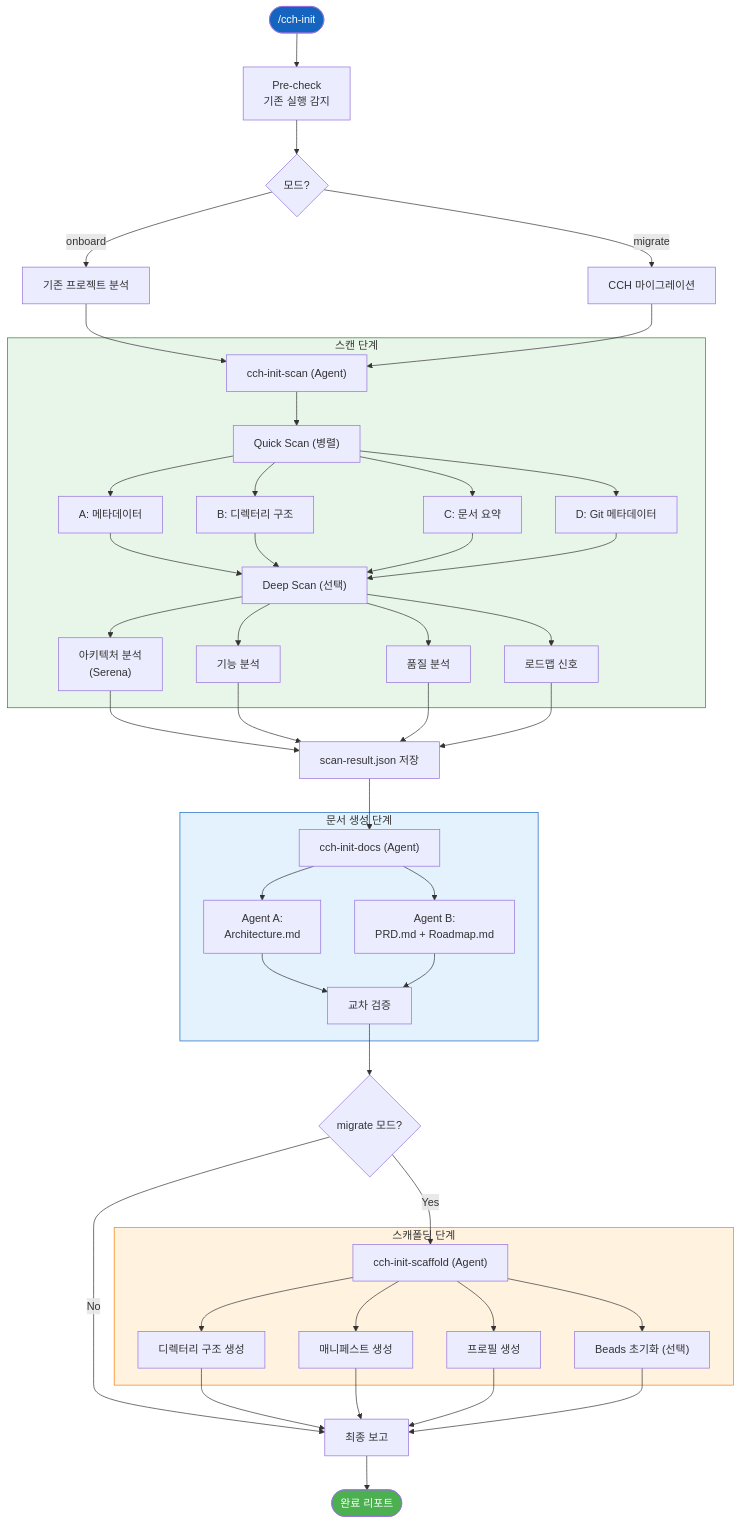
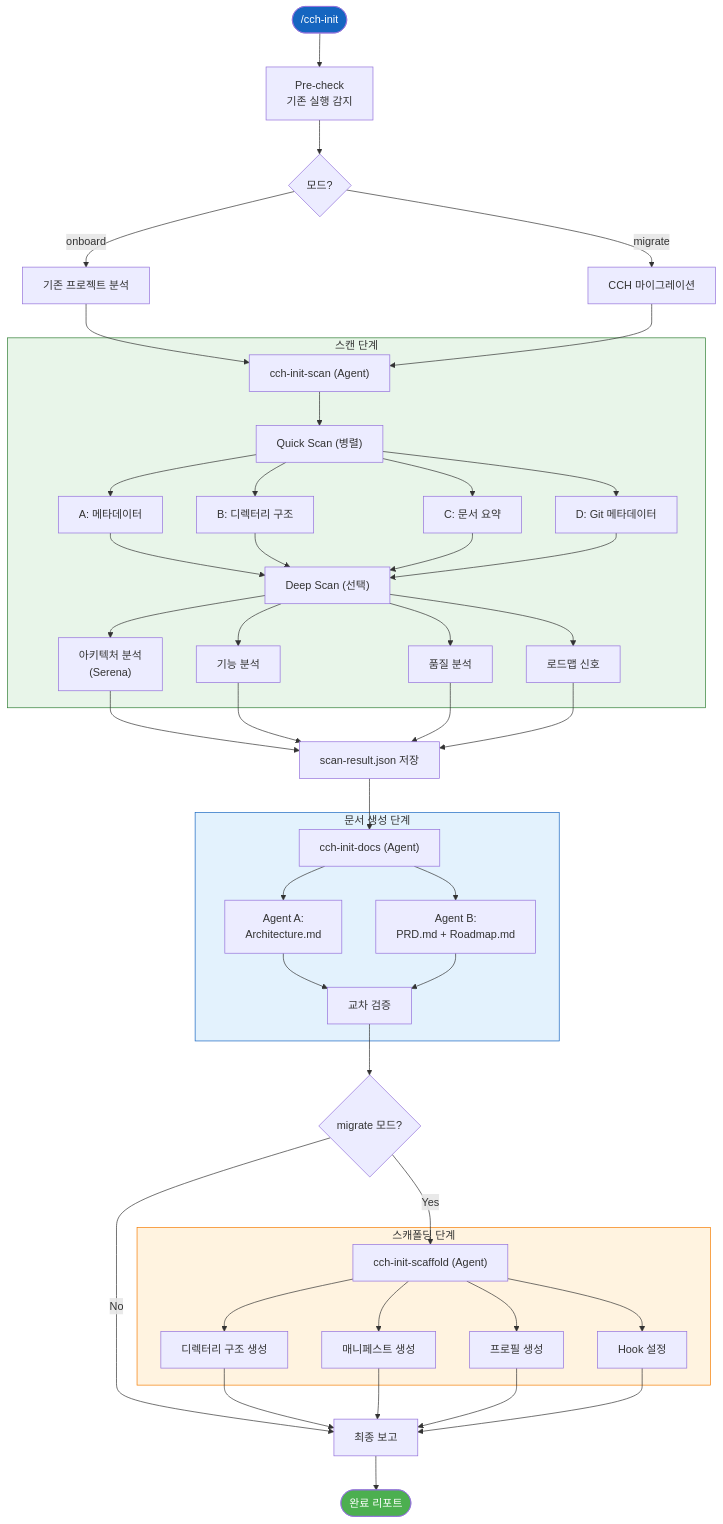
One commit to skdkfk8758/claude-code-harness changed diagram 11 of 17 in docs/diagrams/cch-workflows.md. Above: the diagram before and after it, drawn with Mermaid. The commit also changed other lines of this file and 1 other file, not shown here.

First line of the commit message:
docs: update workflow diagrams for v3, archive plugin reference

````diff
--- a/docs/diagrams/cch-workflows.md
+++ b/docs/diagrams/cch-workflows.md
@@ -572,51 +518,51 @@
 ```mermaid
 flowchart TD
     START(["/cch-init"]) --> PRE["Pre-check<br/>기존 실행 감지"]
     PRE --> MODE_SEL{"모드?"}
     MODE_SEL -->|"onboard"| ONBOARD["기존 프로젝트 분석"]
     MODE_SEL -->|"migrate"| MIGRATE["CCH 마이그레이션"]
 
     ONBOARD & MIGRATE --> SCAN["cch-init-scan (Agent)"]
 
     subgraph SCAN_BOX["스캔 단계"]
         SCAN --> QS["Quick Scan (병렬)"]
         QS --> QS1["A: 메타데이터"]
         QS --> QS2["B: 디렉터리 구조"]
         QS --> QS3["C: 문서 요약"]
         QS --> QS4["D: Git 메타데이터"]
         QS1 & QS2 & QS3 & QS4 --> DS["Deep Scan (선택)"]
         DS --> DS1["아키텍처 분석<br/>(Serena)"]
         DS --> DS2["기능 분석"]
         DS --> DS3["품질 분석"]
         DS --> DS4["로드맵 신호"]
     end
 
     DS1 & DS2 & DS3 & DS4 --> SAVE_SCAN["scan-result.json 저장"]
 
     SAVE_SCAN --> DOCS_PHASE["cch-init-docs (Agent)"]
     subgraph DOCS_BOX["문서 생성 단계"]
         DOCS_PHASE --> DOC_A["Agent A:<br/>Architecture.md"]
         DOCS_PHASE --> DOC_B["Agent B:<br/>PRD.md + Roadmap.md"]
         DOC_A & DOC_B --> CROSS["교차 검증"]
     end
 
     CROSS --> SCAFFOLD_CHK{"migrate 모드?"}
     SCAFFOLD_CHK -->|No| FINAL["최종 보고"]
     SCAFFOLD_CHK -->|Yes| SCAFFOLD["cch-init-scaffold (Agent)"]
 
     subgraph SCAFFOLD_BOX["스캐폴딩 단계"]
         SCAFFOLD --> SC1["디렉터리 구조 생성"]
         SCAFFOLD --> SC2["매니페스트 생성"]
         SCAFFOLD --> SC3["프로필 생성"]
-        SCAFFOLD --> SC4["Beads 초기화 (선택)"]
+        SCAFFOLD --> SC4["Hook 설정"]
     end
 
     SC1 & SC2 & SC3 & SC4 --> FINAL
     FINAL --> DONE(["완료 리포트"])
 
     style START fill:#1565C0,color:white
     style DONE fill:#4CAF50,color:white
     style SCAN_BOX fill:#E8F5E9,stroke:#2E7D32
     style DOCS_BOX fill:#E3F2FD,stroke:#1565C0
     style SCAFFOLD_BOX fill:#FFF3E0,stroke:#F57C00
 ```
````
